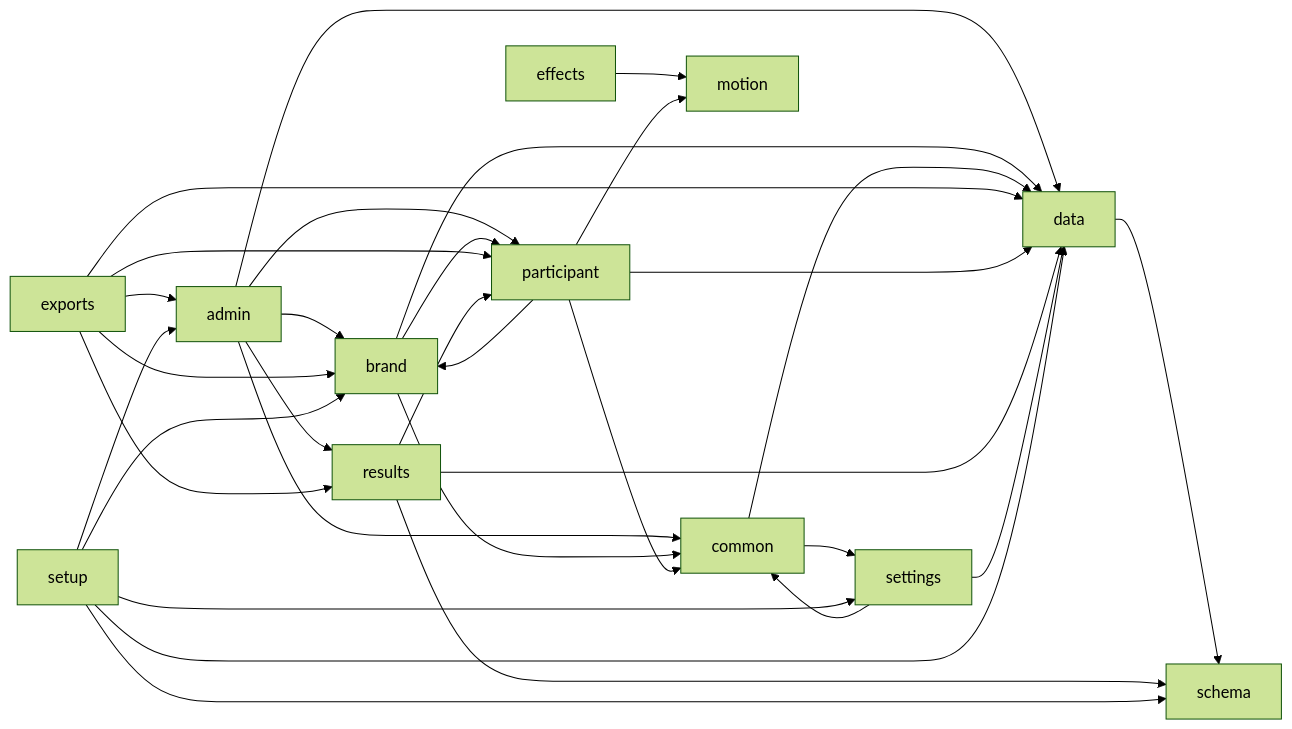
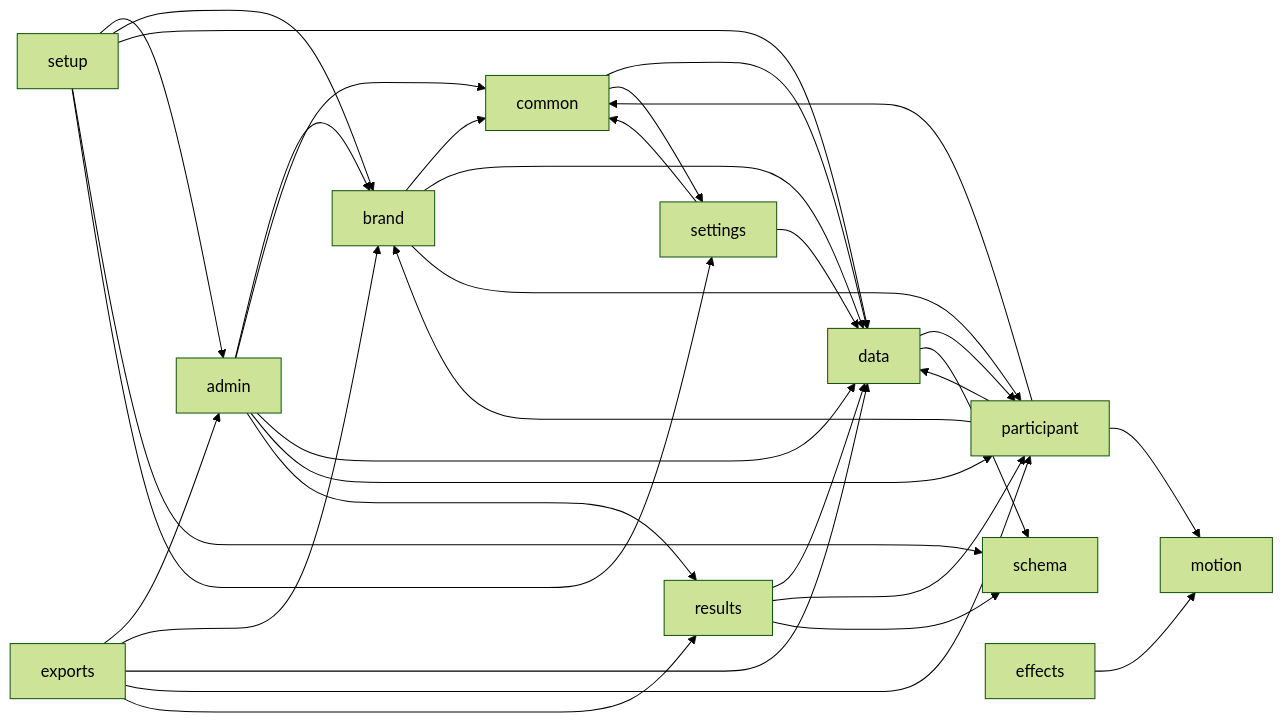
One commit to satyagames/pursuit-managed-services changed the diagram in docs/MODULES.md. Above: the diagram before and after it, drawn with Mermaid (forest theme). The commit also changed other lines of this file and 15 other files, not shown here.

````diff
--- a/docs/MODULES.md
+++ b/docs/MODULES.md
@@ -14,34 +14,35 @@
 ```mermaid
 flowchart LR
   admin --> brand
   admin --> common
   admin --> data
   admin --> participant
   admin --> results
   brand --> common
   brand --> data
   brand --> participant
   common --> data
   common --> settings
+  data --> participant
   data --> schema
   effects --> motion
   exports --> admin
   exports --> brand
   exports --> data
   exports --> participant
   exports --> results
   participant --> brand
   participant --> common
   participant --> data
   participant --> motion
   results --> data
   results --> participant
   results --> schema
   settings --> common
   settings --> data
   setup --> admin
   setup --> brand
   setup --> data
   setup --> schema
   setup --> settings
 ```
````
